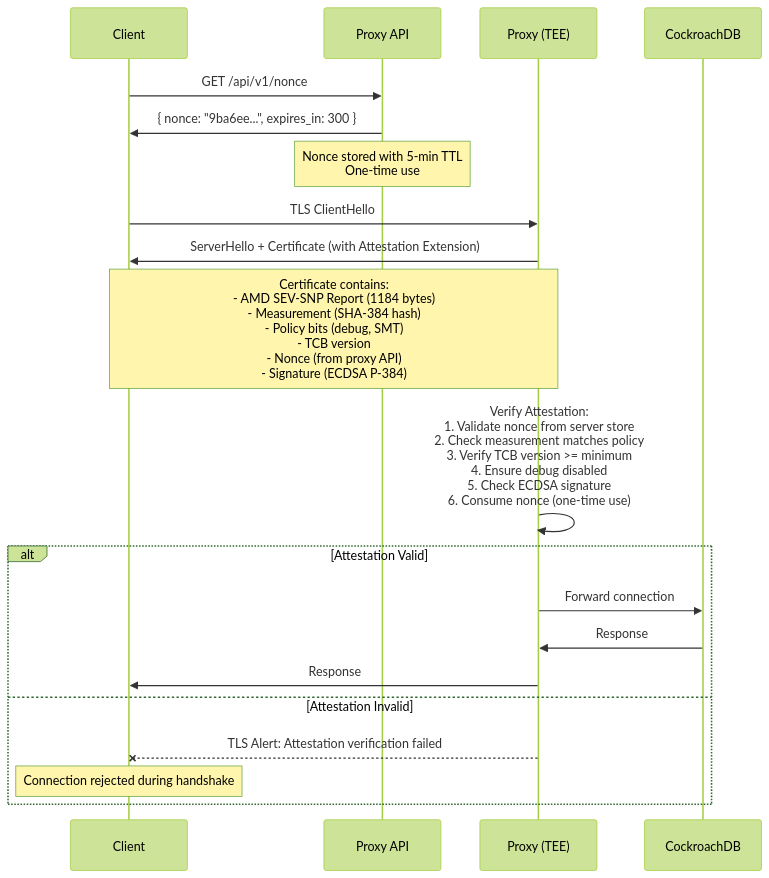
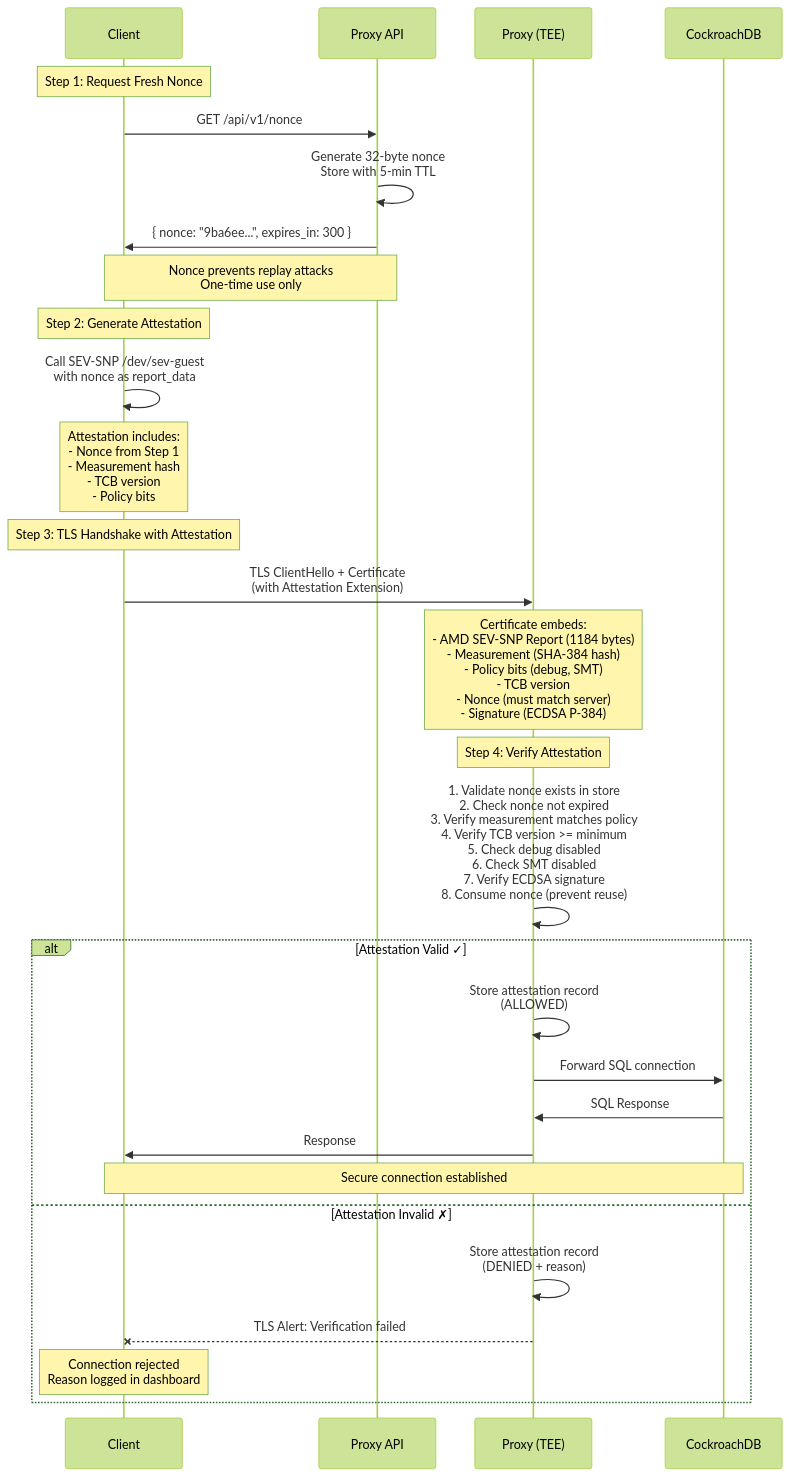
The diagram in README.md (souravcrl/attested-tls-proxy-cockroach), drawn with Mermaid (forest theme) before and after one commit. The commit also changed other lines of this file and 2 other files, not shown here.

First line of the commit message:
Add dashboard screencast and comprehensive nonce architecture documentation

````diff
--- a/README.md
+++ b/README.md
@@ -152,26 +166,36 @@
 ```mermaid
 sequenceDiagram
     participant Client
     participant Proxy API
     participant Proxy (TEE)
     participant CockroachDB
 
+    Note over Client: Step 1: Request Fresh Nonce
     Client->>Proxy API: GET /api/v1/nonce
+    Proxy API->>Proxy API: Generate 32-byte nonce<br/>Store with 5-min TTL
     Proxy API->>Client: { nonce: "9ba6ee...", expires_in: 300 }
-    Note over Proxy API: Nonce stored with 5-min TTL<br/>One-time use
+    Note over Client,Proxy API: Nonce prevents replay attacks<br/>One-time use only
 
-    Client->>Proxy (TEE): TLS ClientHello
-    Proxy (TEE)->>Client: ServerHello + Certificate (with Attestation Extension)
-    Note over Client,Proxy (TEE): Certificate contains:<br/>- AMD SEV-SNP Report (1184 bytes)<br/>- Measurement (SHA-384 hash)<br/>- Policy bits (debug, SMT)<br/>- TCB version<br/>- Nonce (from proxy API)<br/>- Signature (ECDSA P-384)
+    Note over Client: Step 2: Generate Attestation
+    Client->>Client: Call SEV-SNP /dev/sev-guest<br/>with nonce as report_data
+    Note over Client: Attestation includes:<br/>- Nonce from Step 1<br/>- Measurement hash<br/>- TCB version<br/>- Policy bits
 
-    Proxy (TEE)->>Proxy (TEE): Verify Attestation:<br/>1. Validate nonce from server store<br/>2. Check measurement matches policy<br/>3. Verify TCB version >= minimum<br/>4. Ensure debug disabled<br/>5. Check ECDSA signature<br/>6. Consume nonce (one-time use)
+    Note over Client: Step 3: TLS Handshake with Attestation
+    Client->>Proxy (TEE): TLS ClientHello + Certificate<br/>(with Attestation Extension)
+    Note over Proxy (TEE): Certificate embeds:<br/>- AMD SEV-SNP Report (1184 bytes)<br/>- Measurement (SHA-384 hash)<br/>- Policy bits (debug, SMT)<br/>- TCB version<br/>- Nonce (must match server)<br/>- Signature (ECDSA P-384)
 
-    alt Attestation Valid
-        Proxy (TEE)->>CockroachDB: Forward connection
-        CockroachDB->>Proxy (TEE): Response
+    Note over Proxy (TEE): Step 4: Verify Attestation
+    Proxy (TEE)->>Proxy (TEE): 1. Validate nonce exists in store<br/>2. Check nonce not expired<br/>3. Verify measurement matches policy<br/>4. Verify TCB version >= minimum<br/>5. Check debug disabled<br/>6. Check SMT disabled<br/>7. Verify ECDSA signature<br/>8. Consume nonce (prevent reuse)
+
+    alt Attestation Valid ✓
+        Proxy (TEE)->>Proxy (TEE): Store attestation record<br/>(ALLOWED)
+        Proxy (TEE)->>CockroachDB: Forward SQL connection
+        CockroachDB->>Proxy (TEE): SQL Response
         Proxy (TEE)->>Client: Response
-    else Attestation Invalid
-        Proxy (TEE)--xClient: TLS Alert: Attestation verification failed
-        Note over Client: Connection rejected during handshake
+        Note over Client,CockroachDB: Secure connection established
+    else Attestation Invalid ✗
+        Proxy (TEE)->>Proxy (TEE): Store attestation record<br/>(DENIED + reason)
+        Proxy (TEE)--xClient: TLS Alert: Verification failed
+        Note over Client: Connection rejected<br/>Reason logged in dashboard
     end
 ```
````
